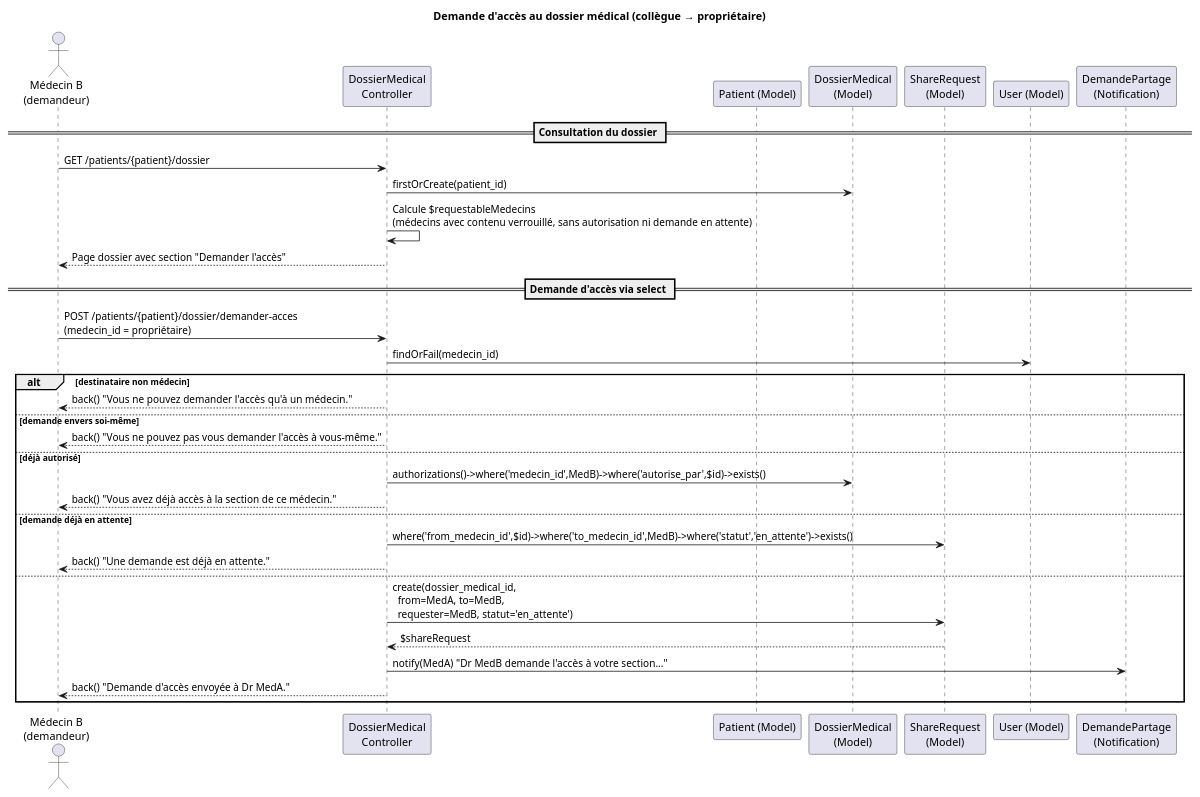
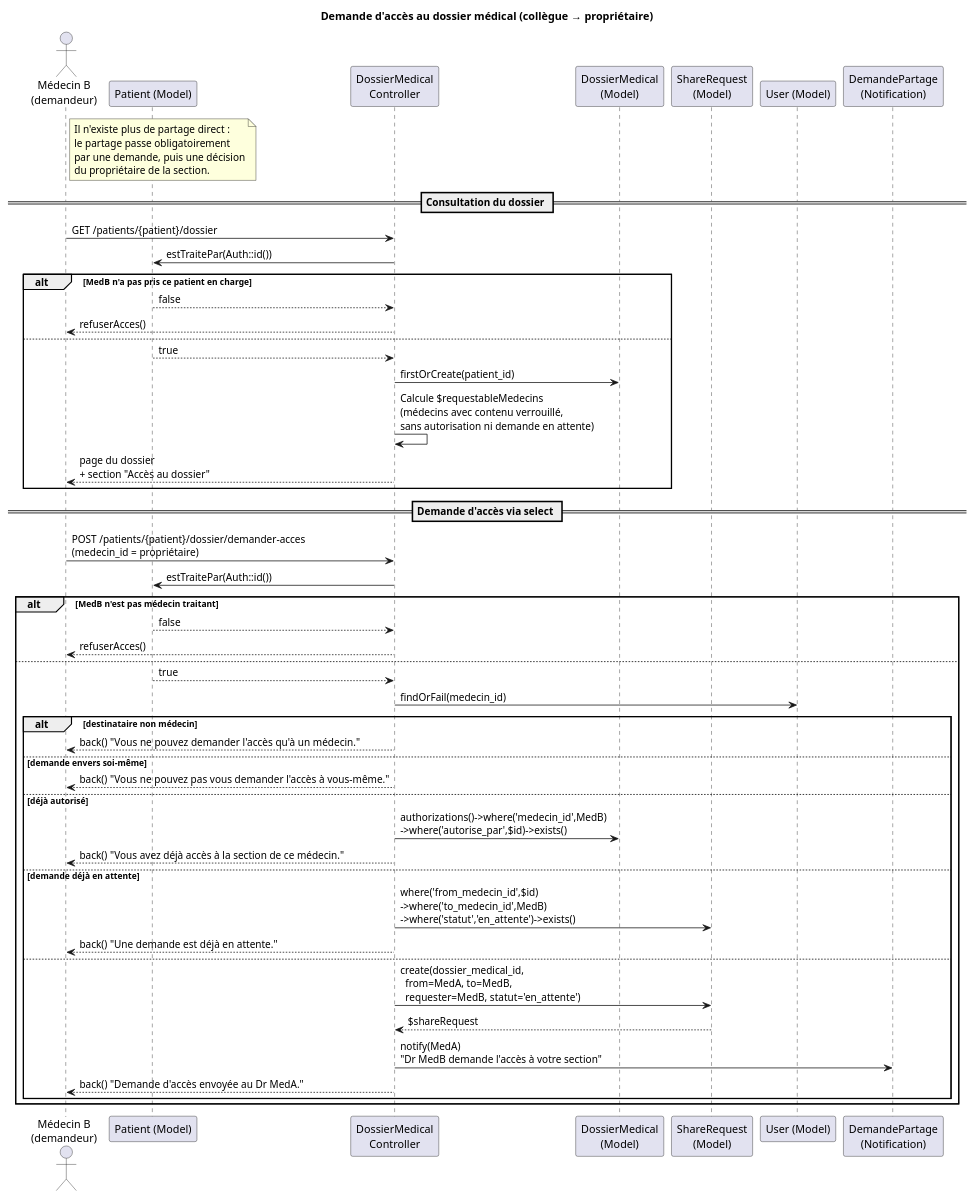
One commit to mohamedyassinekhiari45-lgtm/medicalegestion changed the diagram in docs/sequence/06-demande-acces.puml. Above: the diagram before and after it, drawn with PlantUML. The commit also changed 10 other files, not shown here.

First line of the commit message:
Accès au dossier médical réservé au médecin traitant, plus de partage direct

```diff
--- a/docs/sequence/06-demande-acces.puml
+++ b/docs/sequence/06-demande-acces.puml
@@ -1,39 +1,60 @@
 @startuml
 title Demande d'accès au dossier médical (collègue → propriétaire)
 
 actor "Médecin B\n(demandeur)" as MedB
+participant "Patient (Model)" as PatM
 participant "DossierMedical\nController" as DMC
-participant "Patient (Model)" as PatM
 participant "DossierMedical\n(Model)" as DM
 participant "ShareRequest\n(Model)" as SR
 participant "User (Model)" as UserM
 participant "DemandePartage\n(Notification)" as NotifDP
 
+note right of MedB
+  Il n'existe plus de partage direct :
+  le partage passe obligatoirement
+  par une demande, puis une décision
+  du propriétaire de la section.
+end note
+
 == Consultation du dossier ==
 MedB -> DMC: GET /patients/{patient}/dossier
-DMC -> DM: firstOrCreate(patient_id)
-DMC -> DMC: Calcule $requestableMedecins\n(médecins avec contenu verrouillé, sans autorisation ni demande en attente)
-DMC --> MedB: Page dossier avec section "Demander l'accès"
+DMC -> PatM: estTraitePar(Auth::id())
+alt MedB n'a pas pris ce patient en charge
+    PatM --> DMC: false
+    DMC --> MedB: refuserAcces()
+else
+    PatM --> DMC: true
+    DMC -> DM: firstOrCreate(patient_id)
+    DMC -> DMC: Calcule $requestableMedecins\n(médecins avec contenu verrouillé,\nsans autorisation ni demande en attente)
+    DMC --> MedB: page du dossier\n+ section "Accès au dossier"
+end
 
 == Demande d'accès via select ==
 MedB -> DMC: POST /patients/{patient}/dossier/demander-acces\n(medecin_id = propriétaire)
 
-DMC -> UserM: findOrFail(medecin_id)
-alt destinataire non médecin
-    DMC --> MedB: back() "Vous ne pouvez demander l'accès qu'à un médecin."
-else demande envers soi-même
-    DMC --> MedB: back() "Vous ne pouvez pas vous demander l'accès à vous-même."
-else déjà autorisé
-    DMC -> DM: authorizations()->where('medecin_id',MedB)->where('autorise_par',$id)->exists()
-    DMC --> MedB: back() "Vous avez déjà accès à la section de ce médecin."
-else demande déjà en attente
-    DMC -> SR: where('from_medecin_id',$id)->where('to_medecin_id',MedB)->where('statut','en_attente')->exists()
-    DMC --> MedB: back() "Une demande est déjà en attente."
+DMC -> PatM: estTraitePar(Auth::id())
+alt MedB n'est pas médecin traitant
+    PatM --> DMC: false
+    DMC --> MedB: refuserAcces()
 else
-    DMC -> SR: create(dossier_medical_id,\n  from=MedA, to=MedB,\n  requester=MedB, statut='en_attente')
-    SR --> DMC: $shareRequest
-    DMC -> NotifDP: notify(MedA)  "Dr MedB demande l'accès à votre section..."
-    DMC --> MedB: back() "Demande d'accès envoyée à Dr MedA."
+    PatM --> DMC: true
+    DMC -> UserM: findOrFail(medecin_id)
+    alt destinataire non médecin
+        DMC --> MedB: back() "Vous ne pouvez demander l'accès qu'à un médecin."
+    else demande envers soi-même
+        DMC --> MedB: back() "Vous ne pouvez pas vous demander l'accès à vous-même."
+    else déjà autorisé
+        DMC -> DM: authorizations()->where('medecin_id',MedB)\n->where('autorise_par',$id)->exists()
+        DMC --> MedB: back() "Vous avez déjà accès à la section de ce médecin."
+    else demande déjà en attente
+        DMC -> SR: where('from_medecin_id',$id)\n->where('to_medecin_id',MedB)\n->where('statut','en_attente')->exists()
+        DMC --> MedB: back() "Une demande est déjà en attente."
+    else
+        DMC -> SR: create(dossier_medical_id,\n  from=MedA, to=MedB,\n  requester=MedB, statut='en_attente')
+        SR --> DMC: $shareRequest
+        DMC -> NotifDP: notify(MedA)\n"Dr MedB demande l'accès à votre section"
+        DMC --> MedB: back() "Demande d'accès envoyée au Dr MedA."
+    end
 end
 
 @enduml
```
